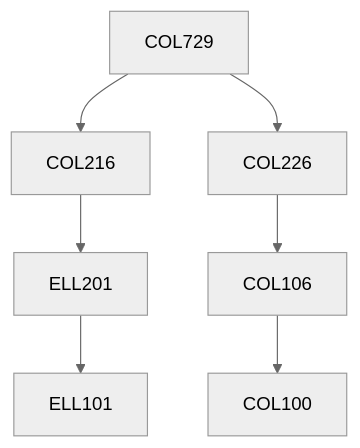
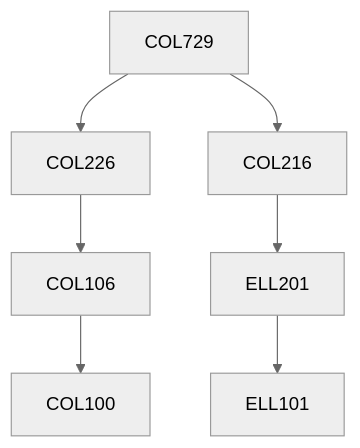
Before and after one commit to KeshavBansal0122/CoS_Website: the diagram in content/Computer Science and Engineering/COL729.md, drawn with Mermaid (neutral theme). The commit also changed other lines of this file and 392 other files, not shown here.

````diff
--- a/content/Computer Science and Engineering/COL729.md
+++ b/content/Computer Science and Engineering/COL729.md
@@ -13,13 +13,13 @@
 ```mermaid
 flowchart TD
 COL729-202[COL729]
+COL729-202 --> COL226-202[COL226]
+COL226-202 --> COL106-202[COL106]
+ELL201-202 --> ELL101-202[ELL101]
 COL106-202 --> COL100-202[COL100]
-ELL201-202 --> ELL101-202[ELL101]
-COL226-202 --> COL106-202[COL106]
 COL216-202 --> ELL201-202[ELL201]
 COL729-202 --> COL216-202[COL216]
-COL729-202 --> COL226-202[COL226]
 
 classDef empty height:17px, fill:transparent, stroke:transparent;
 classDef trueEmpty height:0px, width:0px;
 ```
````
